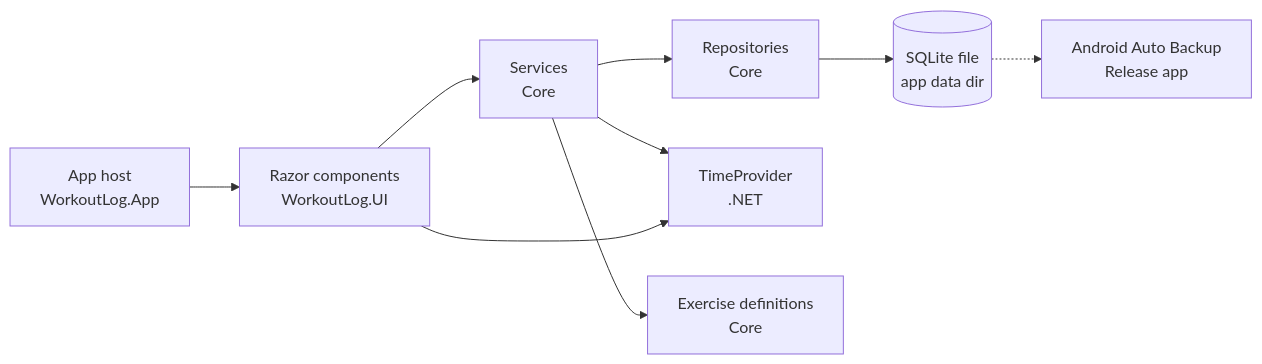
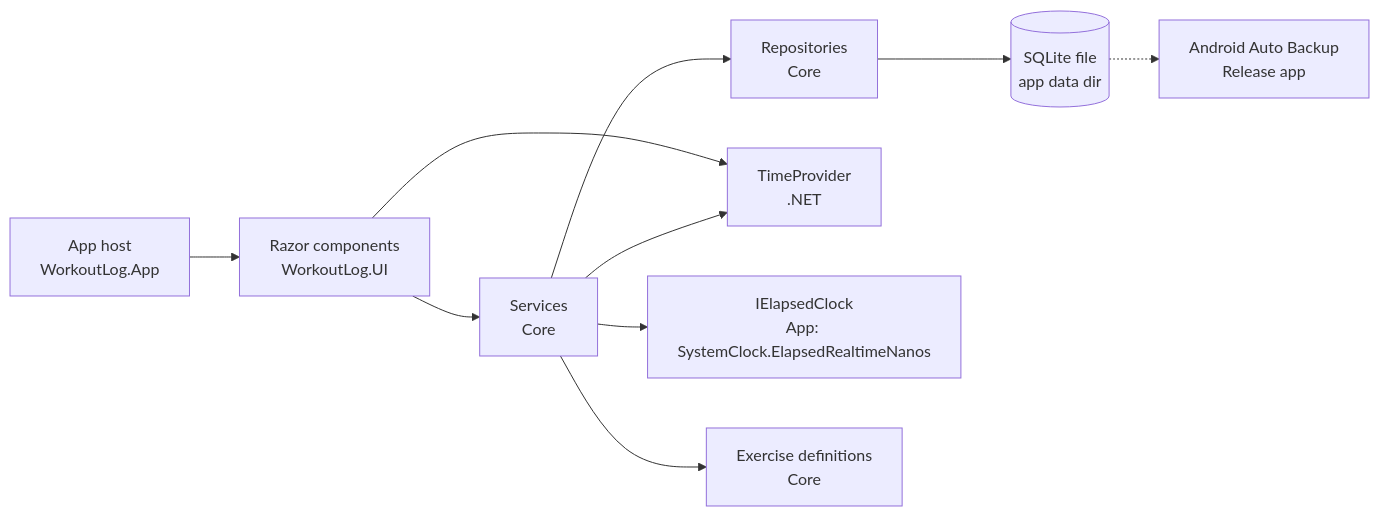
Before and after one commit to marty-shields/workout-log-app: the diagram in docs/04-architecture.md, drawn with Mermaid. The commit also changed other lines of this file and 213 other files, not shown here.

````diff
--- a/docs/04-architecture.md
+++ b/docs/04-architecture.md
@@ -14,11 +14,12 @@
 ```mermaid
 flowchart LR
     A[App host<br/>WorkoutLog.App] --> UI[Razor components<br/>WorkoutLog.UI]
     UI --> S[Services<br/>Core]
     S --> R[Repositories<br/>Core]
     R --> DB[(SQLite file<br/>app data dir)]
     DB -.-> BK[Android Auto Backup<br/>Release app]
     S --> C[TimeProvider<br/>.NET]
     UI --> C
+    S --> E[IElapsedClock<br/>App: SystemClock.ElapsedRealtimeNanos]
     S --> X[Exercise definitions<br/>Core]
 ```
````
